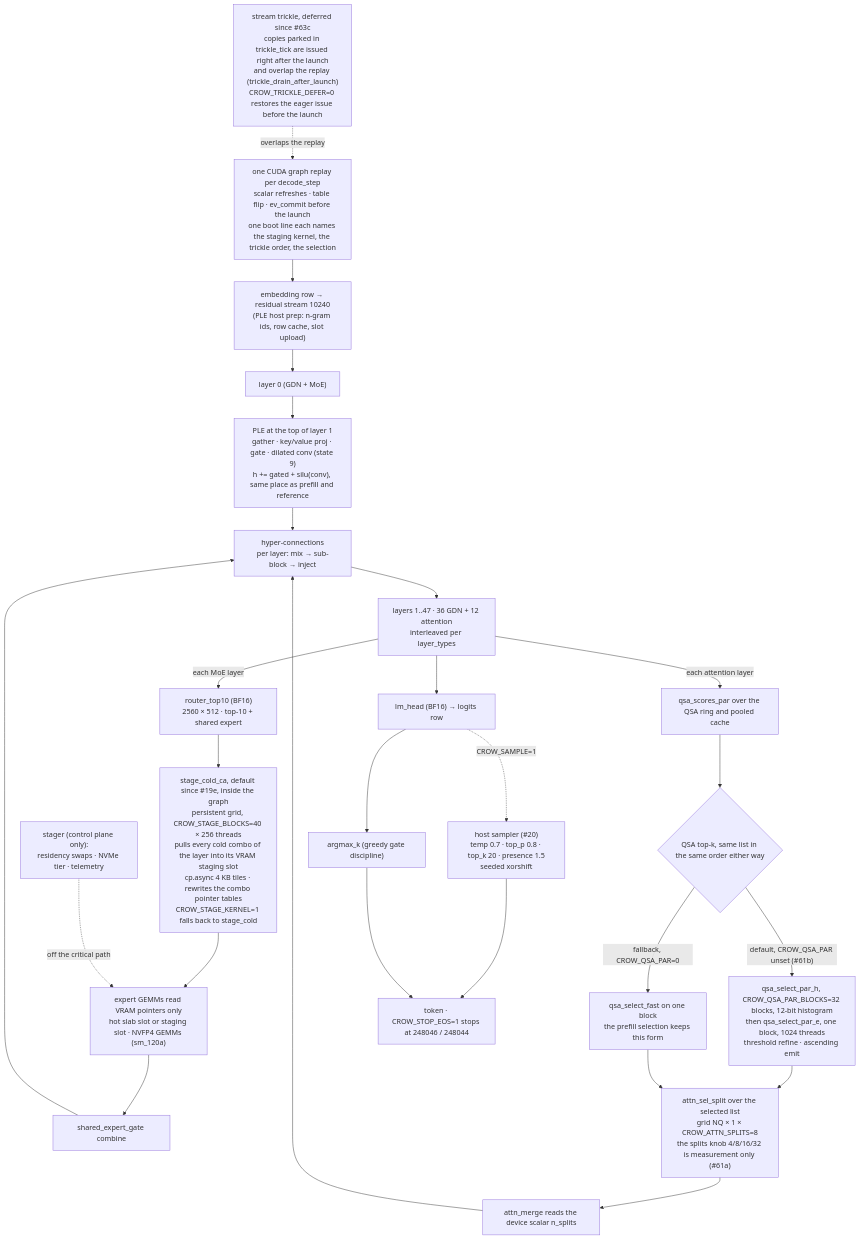
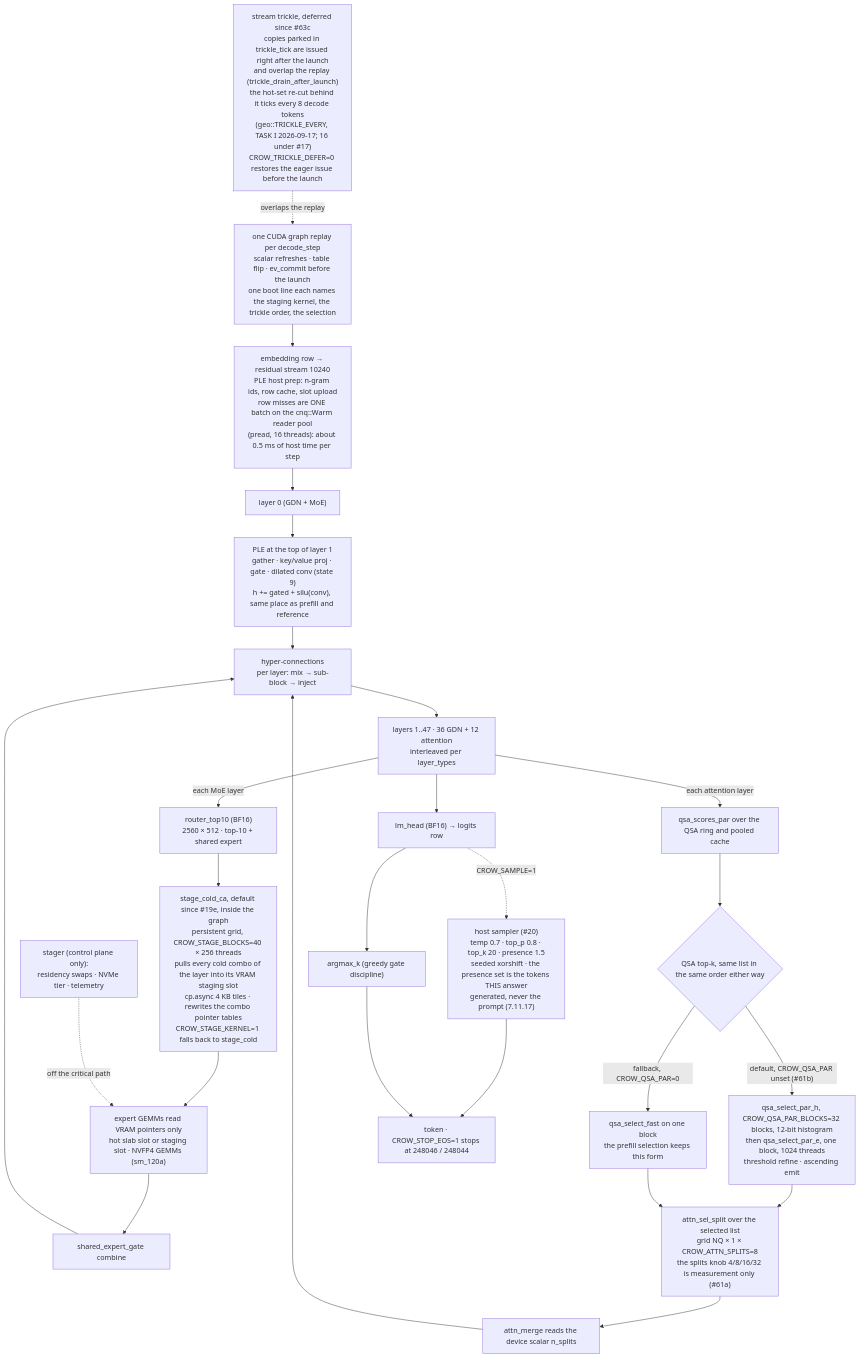
Before and after one commit to nibor1896/crow-nest: the second of 8 diagrams in docs/diagrams.md, drawn with Mermaid. The commit also changed other lines of this file and 1 other file, not shown here.

````diff
--- a/docs/diagrams.md
+++ b/docs/diagrams.md
@@ -31,26 +42,26 @@
 ```mermaid
 flowchart TB
     GRAPH["one CUDA graph replay per decode_step\nscalar refreshes · table flip · ev_commit before the launch\none boot line each names the staging kernel, the trickle order, the selection"]
-    TRICKLE["stream trickle, deferred since #63c\ncopies parked in trickle_tick are issued right after the launch\nand overlap the replay (trickle_drain_after_launch)\nCROW_TRICKLE_DEFER=0 restores the eager issue before the launch"]
-    GRAPH --> EMB["embedding row → residual stream 10240\n(PLE host prep: n-gram ids, row cache, slot upload)"]
+    TRICKLE["stream trickle, deferred since #63c\ncopies parked in trickle_tick are issued right after the launch\nand overlap the replay (trickle_drain_after_launch)\nthe hot-set re-cut behind it ticks every 8 decode tokens\n(geo::TRICKLE_EVERY, TASK I 2026-09-17; 16 under #17)\nCROW_TRICKLE_DEFER=0 restores the eager issue before the launch"]
+    GRAPH --> EMB["embedding row → residual stream 10240\nPLE host prep: n-gram ids, row cache, slot upload\nrow misses are ONE batch on the cnq::Warm reader pool\n(pread, 16 threads): about 0.5 ms of host time per step"]
     TRICKLE -.overlaps the replay.-> GRAPH
     EMB --> L0["layer 0 (GDN + MoE)"]
     L0 --> PLE["PLE at the top of layer 1\ngather · key/value proj · gate · dilated conv (state 9)\nh += gated + silu(conv), same place as prefill and reference"]
     PLE --> HC["hyper-connections\nper layer: mix → sub-block → inject"]
     HC --> LOOP["layers 1..47 · 36 GDN + 12 attention\ninterleaved per layer_types"]
     LOOP -->|each MoE layer| RT["router_top10 (BF16)\n2560 × 512 · top-10 + shared expert"]
     RT --> STG["stage_cold_ca, default since #19e, inside the graph\npersistent grid, CROW_STAGE_BLOCKS=40 × 256 threads\npulls every cold combo of the layer into its VRAM staging slot\ncp.async 4 KB tiles · rewrites the combo pointer tables\nCROW_STAGE_KERNEL=1 falls back to stage_cold"]
     STG --> GEMM["expert GEMMs read VRAM pointers only\nhot slab slot or staging slot · NVFP4 GEMMs (sm_120a)"]
     GEMM --> COMB["shared_expert_gate combine"] --> HC
     LOOP -->|each attention layer| QSC["qsa_scores_par over the QSA ring and pooled cache"]
     QSC --> SEL{"QSA top-k, same list in the same order either way"}
     SEL -->|"default, CROW_QSA_PAR unset (#61b)"| PARS["qsa_select_par_h, CROW_QSA_PAR_BLOCKS=32 blocks, 12-bit histogram\nthen qsa_select_par_e, one block, 1024 threads\nthreshold refine · ascending emit"]
     SEL -->|"fallback, CROW_QSA_PAR=0"| FAST["qsa_select_fast on one block\nthe prefill selection keeps this form"]
     PARS --> ATT["attn_sel_split over the selected list\ngrid NQ × 1 × CROW_ATTN_SPLITS=8\nthe splits knob 4/8/16/32 is measurement only (#61a)"]
     FAST --> ATT
     ATT --> MERG["attn_merge reads the device scalar n_splits"] --> HC
     STAGER["stager (control plane only):\nresidency swaps · NVMe tier · telemetry"] -.off the critical path.-> GEMM
     LOOP --> OUT["lm_head (BF16) → logits row"] --> ARG["argmax_k (greedy gate discipline)"]
-    OUT -.CROW_SAMPLE=1.-> SMP["host sampler (#20)\ntemp 0.7 · top_p 0.8 · top_k 20 · presence 1.5\nseeded xorshift"] --> TOK["token · CROW_STOP_EOS=1 stops at 248046 / 248044"]
+    OUT -.CROW_SAMPLE=1.-> SMP["host sampler (#20)\ntemp 0.7 · top_p 0.8 · top_k 20 · presence 1.5\nseeded xorshift · the presence set is the tokens THIS answer\ngenerated, never the prompt (7.11.17)"] --> TOK["token · CROW_STOP_EOS=1 stops at 248046 / 248044"]
     ARG --> TOK
 ```
````
